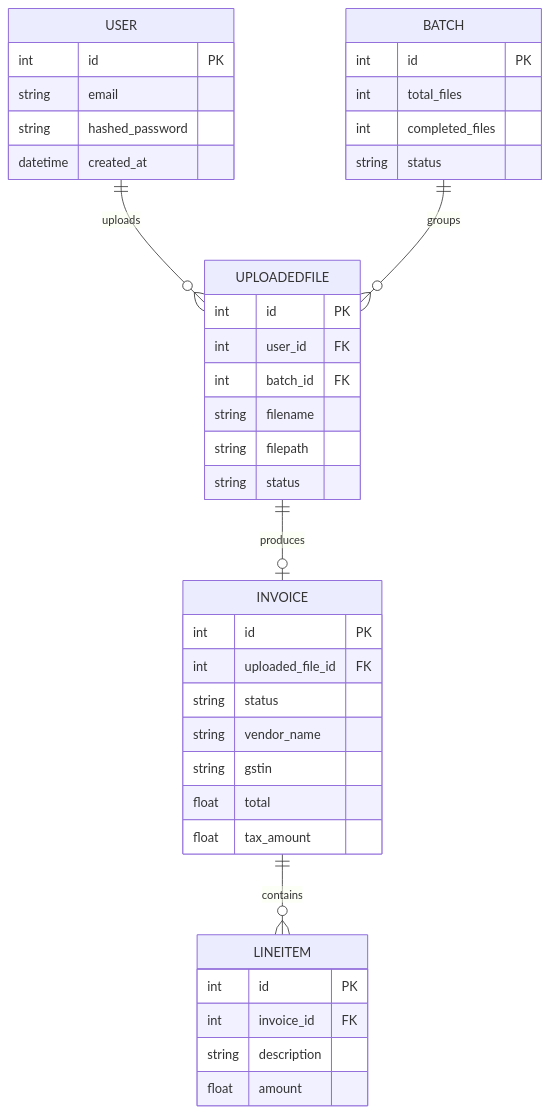
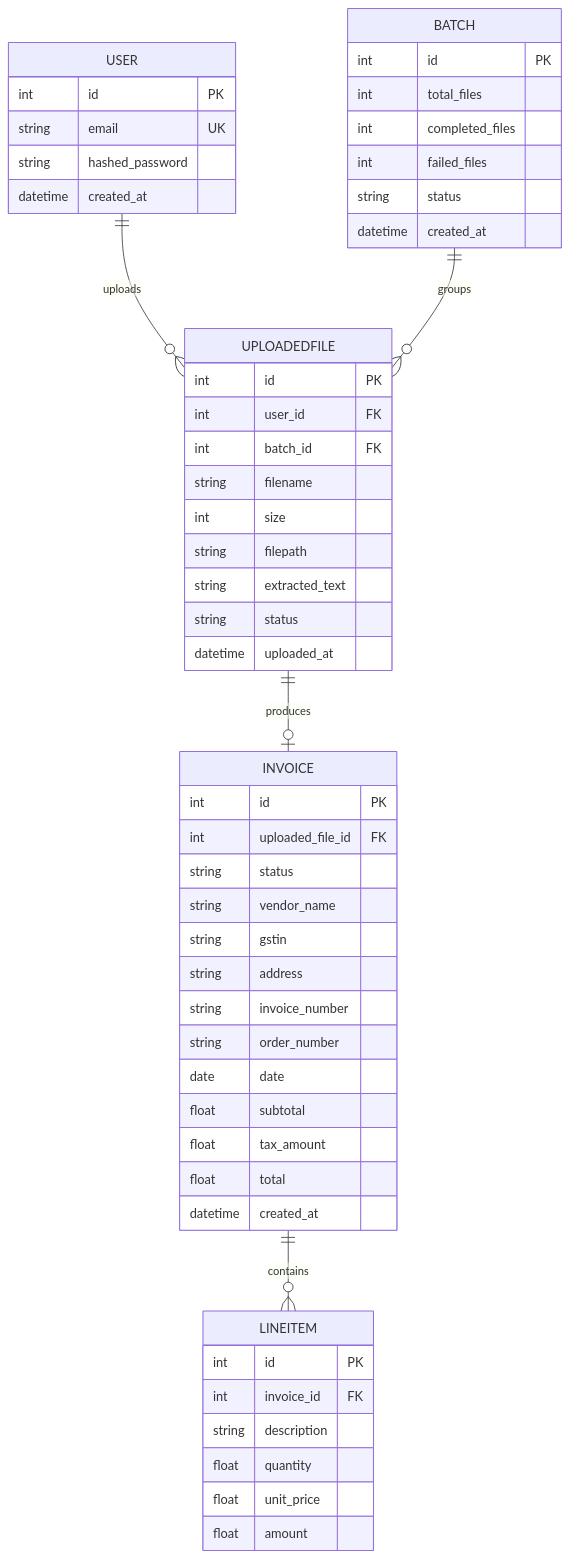
One commit to ChaitanyMishra/invoice-receipt-parser changed the third of 3 diagrams in README.md. Above: the diagram before and after it, drawn with Mermaid. The commit also changed other lines of this file, not shown here.

First line of the commit message:
Revise database schema and relationships in README

````diff
--- a/README.md
+++ b/README.md
@@ -293,43 +293,56 @@
 ```mermaid
 erDiagram
     USER ||--o{ UPLOADEDFILE : uploads
     BATCH ||--o{ UPLOADEDFILE : groups
     UPLOADEDFILE ||--o| INVOICE : produces
     INVOICE ||--o{ LINEITEM : contains
 
     USER {
         int id PK
-        string email
+        string email UK
         string hashed_password
         datetime created_at
     }
     UPLOADEDFILE {
         int id PK
         int user_id FK
         int batch_id FK
         string filename
+        int size
         string filepath
+        string extracted_text
         string status
+        datetime uploaded_at
     }
     BATCH {
         int id PK
         int total_files
         int completed_files
+        int failed_files
         string status
+        datetime created_at
     }
     INVOICE {
         int id PK
         int uploaded_file_id FK
         string status
         string vendor_name
         string gstin
+        string address
+        string invoice_number
+        string order_number
+        date date
+        float subtotal
+        float tax_amount
         float total
-        float tax_amount
+        datetime created_at
     }
     LINEITEM {
         int id PK
         int invoice_id FK
         string description
+        float quantity
+        float unit_price
         float amount
     }
 ```
````
